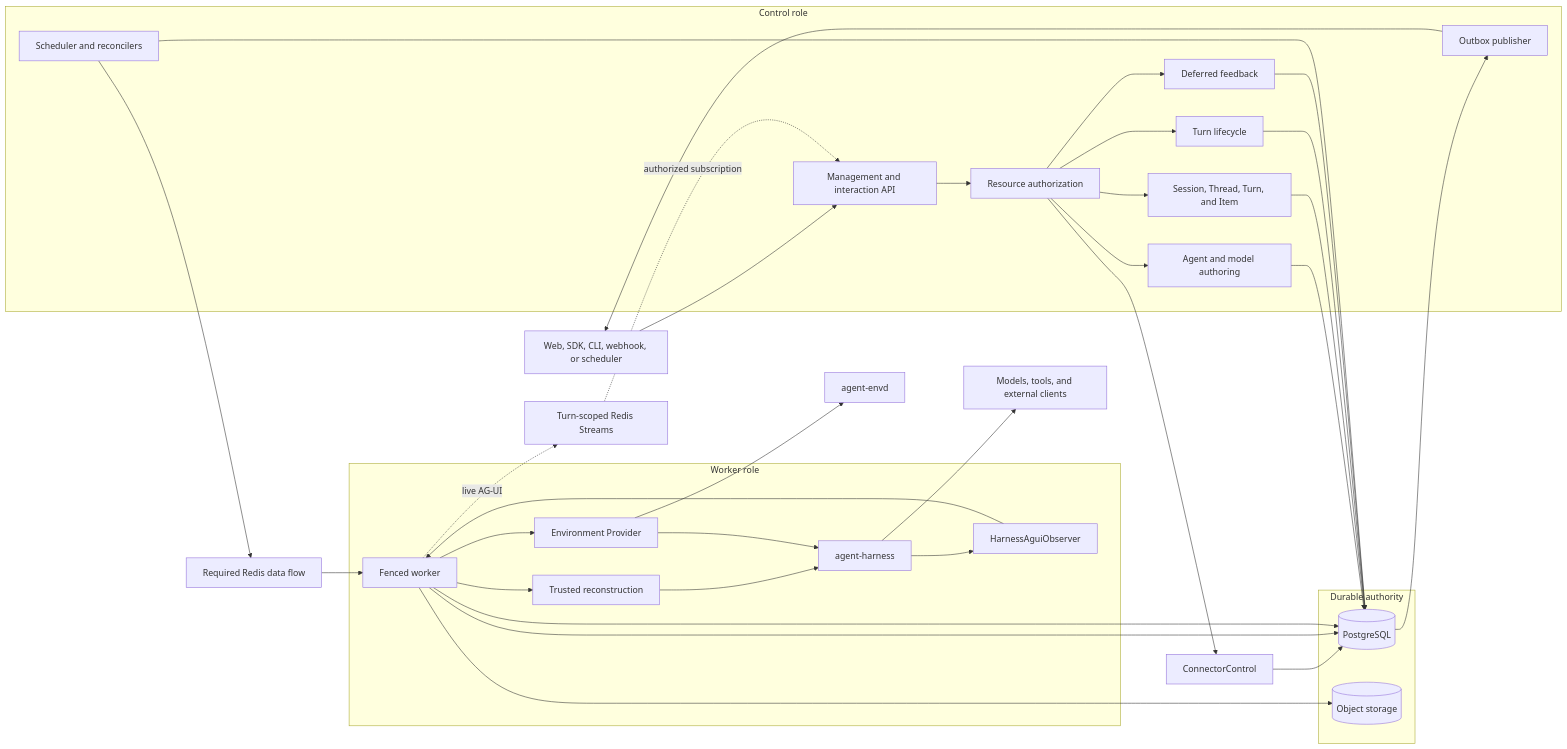
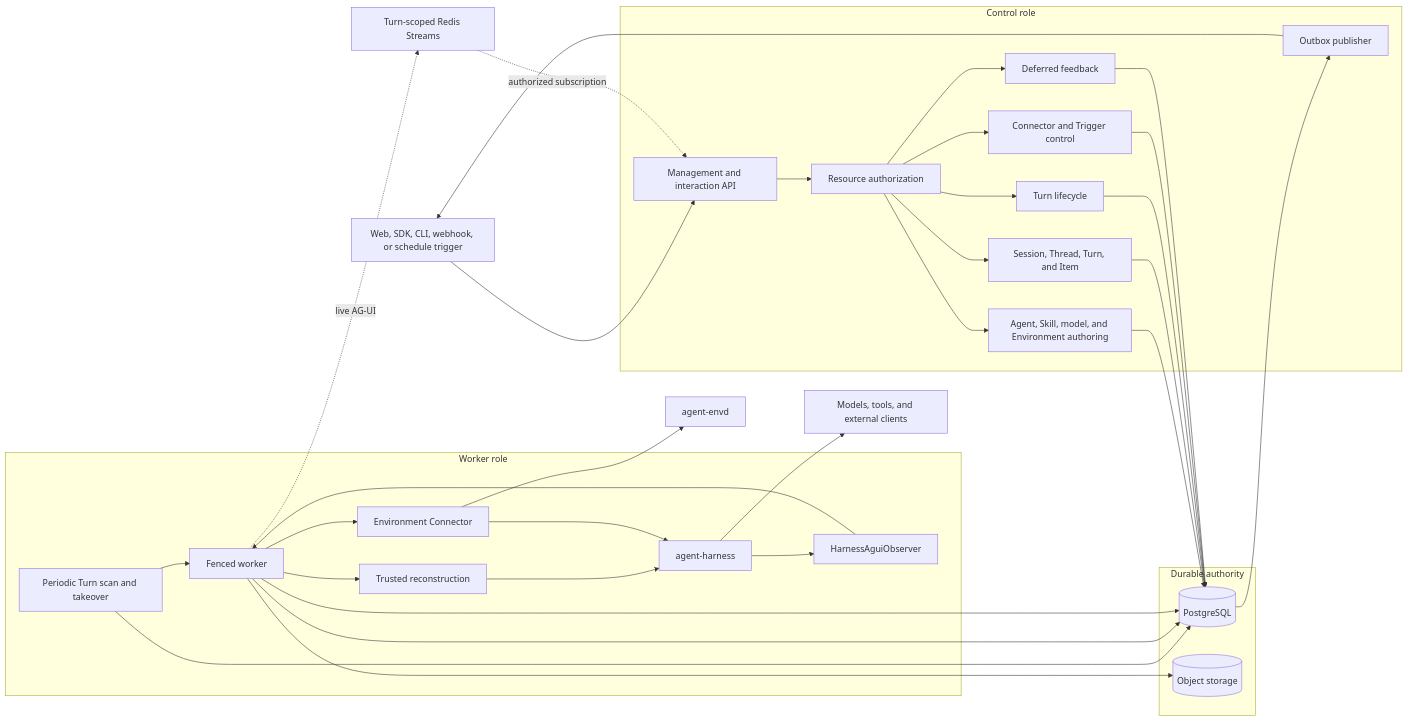
One commit to LTThreeComma/agent-foundation changed the first of 3 diagrams in spec/foundation-service/00-overview.md. Above: the diagram before and after it, drawn with Mermaid. The commit also changed other lines of this file and 21 other files, not shown here.

````diff
--- a/spec/foundation-service/00-overview.md
+++ b/spec/foundation-service/00-overview.md
@@ -13,49 +13,49 @@
 ```mermaid
 flowchart LR
-    Client[Web, SDK, CLI, webhook, or scheduler]
+    Client[Web, SDK, CLI, webhook, or schedule trigger]
 
     subgraph Control[Control role]
         API[Management and interaction API]
         Auth[Resource authorization]
-        Authoring[Agent and model authoring]
+        Authoring[Agent, Skill, model, and Environment authoring]
+        ConnectorControl[Connector and Trigger control]
         Interaction[Session, Thread, Turn, and Item]
         Lifecycle[Turn lifecycle]
-        Scheduler[Scheduler and reconcilers]
         Feedback[Deferred feedback]
         Publisher[Outbox publisher]
     end
 
     subgraph Durable[Durable authority]
         Database[(PostgreSQL)]
         Objects[(Object storage)]
     end
 
-    Coordination[Required Redis data flow]
     LiveBus[Turn-scoped Redis Streams]
 
     subgraph WorkerRole[Worker role]
+        WorkerScan[Periodic Turn scan and takeover]
         Worker[Fenced worker]
         Reconstruct[Trusted reconstruction]
-        Provider[Environment Provider]
+        Connector[Environment Connector]
         Observer[HarnessAguiObserver]
         Harness[agent-harness]
     end
 
     Envd[agent-envd]
     External[Models, tools, and external clients]
 
     Client --> API --> Auth
     Auth --> Authoring & Interaction & Lifecycle & ConnectorControl & Feedback
     Authoring & Interaction & Lifecycle & ConnectorControl & Feedback --> Database
-    Scheduler --> Database
-    Scheduler --> Coordination --> Worker
+    WorkerScan --> Database
+    WorkerScan --> Worker
     Worker --> Database
     Worker --> Reconstruct --> Harness
-    Worker --> Provider --> Harness
-    Provider --> Envd
+    Worker --> Connector --> Harness
+    Connector --> Envd
     Harness --> External
     Harness --> Observer --> Worker
     Worker -. live AG-UI .-> LiveBus -. authorized subscription .-> API
     Worker --> Database & Objects
     Database --> Publisher --> Client
 ```
````
